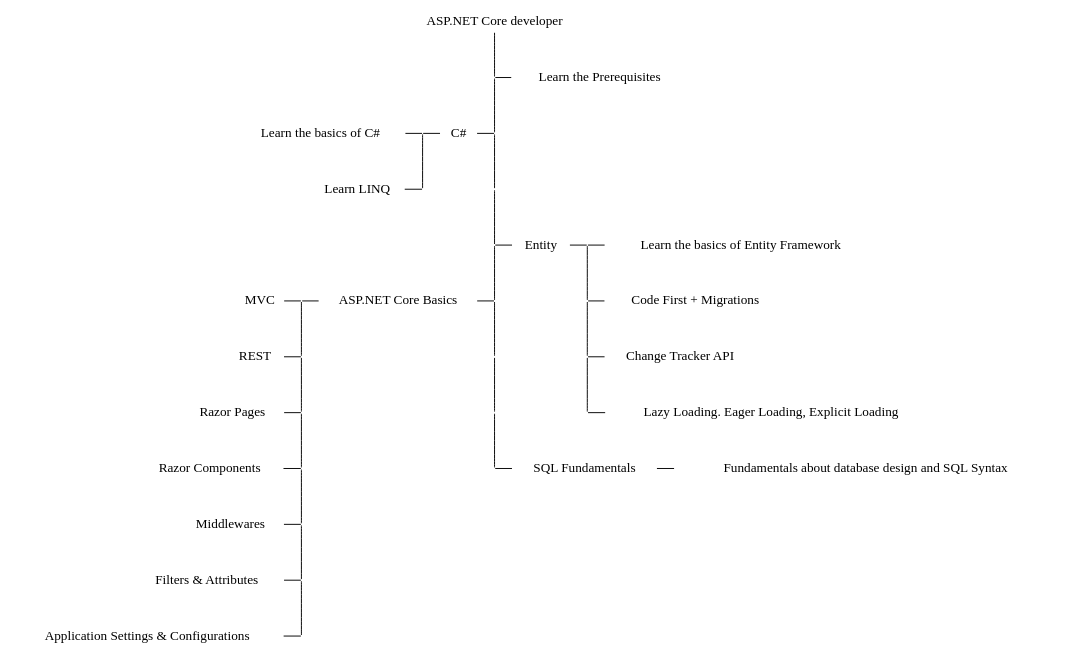
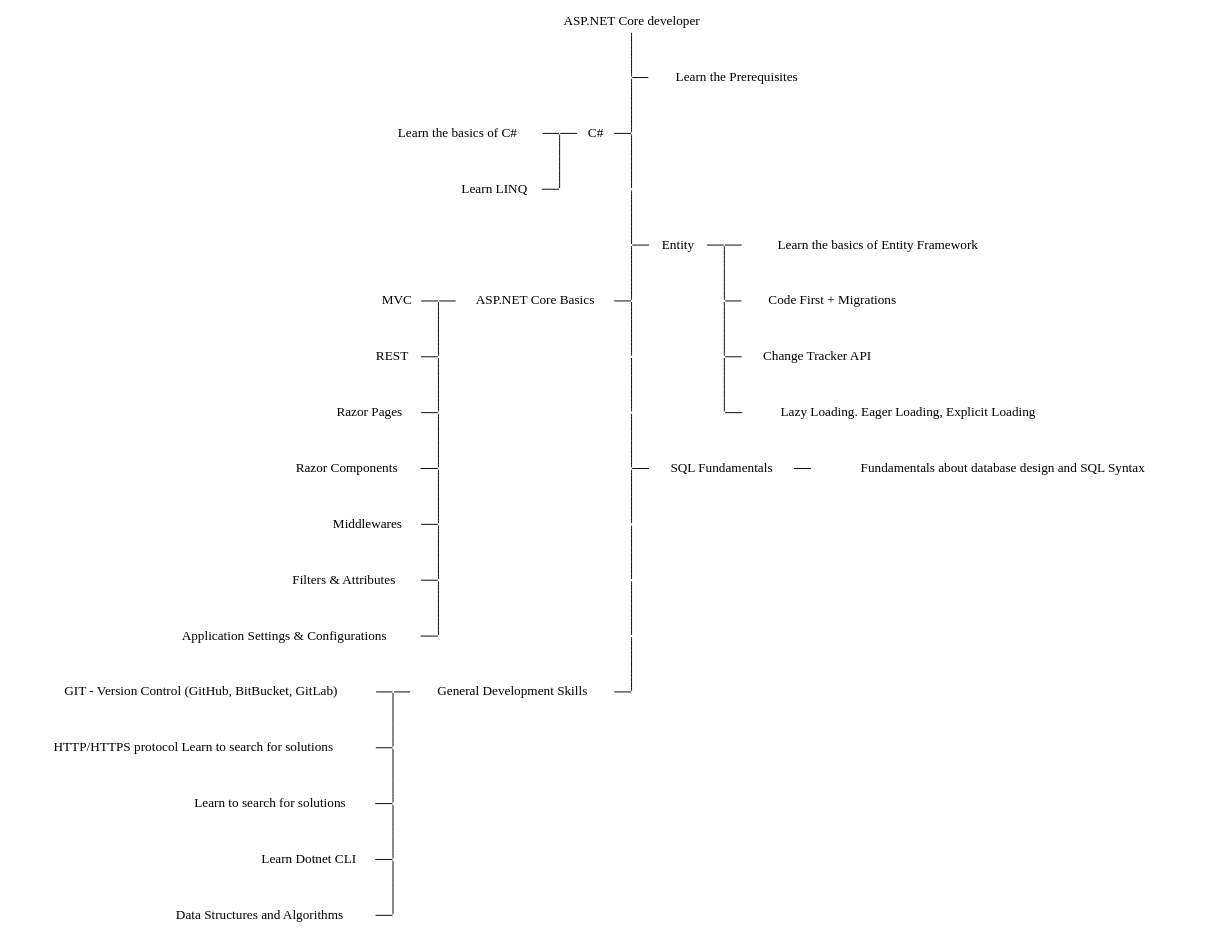
Before and after one commit to RachaneeSaeng/cheatsheets: the diagram in .net-core-developer-roadmap.dot, drawn with Graphviz.

Commit message:
Add general skill

```diff
--- a/.net-core-developer-roadmap.dot
+++ b/.net-core-developer-roadmap.dot
@@ -1,75 +1,96 @@
 digraph learning_roadmap {
     node[shape=none, width=0, height=0, label=""];
     edge[dir=none];
 
     subgraph main_group {
         main1 [label = "ASP.NET Core developer"]
         prerequisites [label = "Learn the Prerequisites"]
 
         main1 -> main2 -> main3 -> main4 -> main5
         main5 -> main6 -> main7 -> main8 -> main9;
+        main9 -> main10 -> main11 -> main12 -> main13;
         
         {rank=same; main2 -> prerequisites}
         {rank=same; cs -> main3}
         {rank=same;  main5 -> ef}
         {rank=same;  asp -> main6}
         {rank=same;  main9 -> sql}
+        {rank=same;  general_skill -> main13}
     }
 
     subgraph cs_group {
         cs [label = "C#"]
         cs_basic [label = "Learn the basics of C#"]
         linq [label = "Learn LINQ"]
 
         cs1 -> cs2 
         {rank=same; cs1 ->  cs}
         {rank=same; cs_basic ->  cs1}
         {rank=same; linq -> cs2}
     }
 
     subgraph ef_group {
         ef [label = "Entity"]
 
         ef_basic [label = "Learn the basics of Entity Framework"]
         ef_code_first [label = "Code First + Migrations"]
         ef_tracking [label = "Change Tracker API"]
         ef_loading [label = "Lazy Loading. Eager Loading, Explicit Loading"]
 
         ef1 -> ef2 -> ef3 -> ef4 
         {rank=same; ef -> ef1}
         {rank=same; ef1 ->  ef_basic}
         {rank=same; ef2 ->  ef_code_first}
         {rank=same; ef3 -> ef_tracking}
         {rank=same; ef4 -> ef_loading}
     }
 
     subgraph asp_group {
         asp [label="ASP.NET Core Basics"]
 
         mvc [label="MVC"]
         rest [label="REST "]
         razor_page [label="Razor Pages "]
         razor_component [label="Razor Components "]
         middlewares [label="Middlewares "]
         filter [label="Filters & Attributes "]
         setting [label="Application Settings & Configurations"]
 
         asp1 -> asp2 -> asp3 -> asp4 -> asp5 -> asp6 -> asp7
 
         {rank=same; asp1 -> asp}
         {rank=same; mvc -> asp1}
         {rank=same; rest -> asp2}
         {rank=same; razor_page ->  asp3}
         {rank=same; razor_component -> asp4}
         {rank=same; middlewares -> asp5}
         {rank=same; filter -> asp6}
         {rank=same; setting -> asp7}
     }
 
     subgraph sql_group {
         sql [label="SQL Fundamentals"]
         sql_basic [label="Fundamentals about database design and SQL Syntax"]
 
         {rank=same; sql -> sql_basic}
     }
+
+    subgraph general_skill_group {
+        general_skill [label="General Development Skills"]
+        git [label="GIT - Version Control (GitHub, BitBucket, GitLab)"]
+        http [label="HTTP/HTTPS protocol Learn to search for solutions"]
+        search [label="Learn to search for solutions"]
+        dotnet_cli [label="Learn Dotnet CLI"]
+        data_structure [label="Data Structures and Algorithms"]
+
+
+        general1 -> general2 -> general3 -> general4 -> general5
+
+        {rank=same; general1 -> general_skill}
+        {rank=same; git -> general1}
+        {rank=same; http -> general2}
+        {rank=same; search -> general3}
+        {rank=same; dotnet_cli -> general4}
+        {rank=same; data_structure -> general5}
+    }  
 }
```
